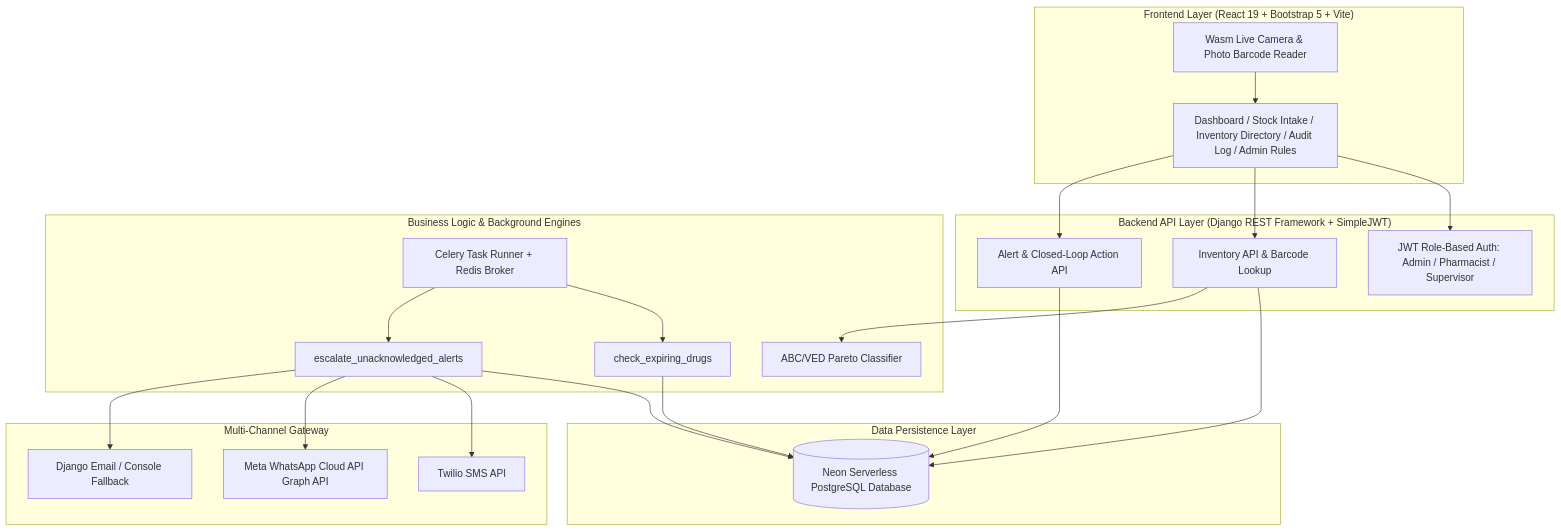
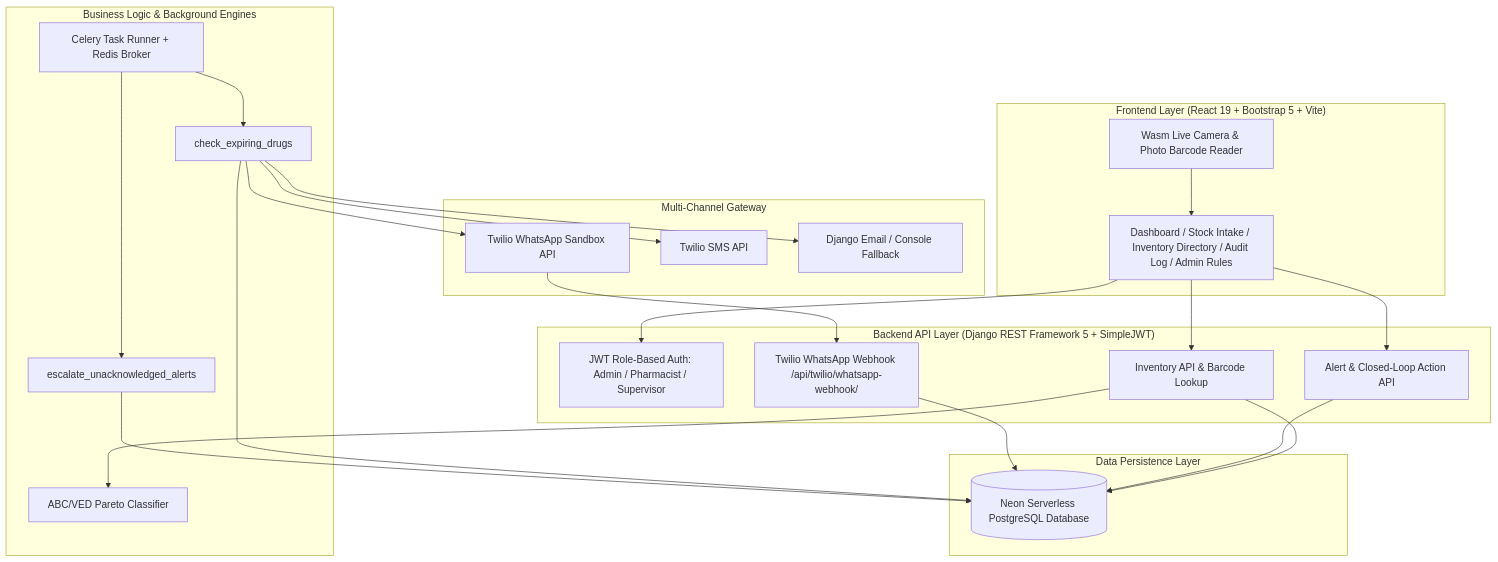
Before and after one commit to x15o3i/pharmakon: the first of 2 diagrams in PROJECT_DOCUMENTATION.md, drawn with Mermaid. The commit also changed other lines of this file, not shown here.

Commit message:
Update PROJECT_DOCUMENTATION.md with Twilio WhatsApp integration, Vercel Webhook details, and Project Defense Script

````diff
--- a/PROJECT_DOCUMENTATION.md
+++ b/PROJECT_DOCUMENTATION.md
@@ -32,48 +32,51 @@
 ```mermaid
 flowchart TD
     subgraph ClientLayer["Frontend Layer (React 19 + Bootstrap 5 + Vite)"]
         UI[Dashboard / Stock Intake / Inventory Directory / Audit Log / Admin Rules]
         Scanner[Wasm Live Camera & Photo Barcode Reader]
     end
 
-    subgraph APILayer["Backend API Layer (Django REST Framework + SimpleJWT)"]
+    subgraph APILayer["Backend API Layer (Django REST Framework 5 + SimpleJWT)"]
         Auth[JWT Role-Based Auth: Admin / Pharmacist / Supervisor]
         InvAPI[Inventory API & Barcode Lookup]
         AlertAPI[Alert & Closed-Loop Action API]
+        Webhook[Twilio WhatsApp Webhook /api/twilio/whatsapp-webhook/]
     end
 
     subgraph ServiceLayer["Business Logic & Background Engines"]
         ParetoEngine[ABC/VED Pareto Classifier]
         CeleryWorker[Celery Task Runner + Redis Broker]
         ExpiryScan[check_expiring_drugs]
         EscalationScan[escalate_unacknowledged_alerts]
     end
 
     subgraph DatabaseLayer["Data Persistence Layer"]
         NeonDB[(Neon Serverless PostgreSQL Database)]
     end
 
     subgraph NotificationLayer["Multi-Channel Gateway"]
+        WhatsApp[Twilio WhatsApp Sandbox API]
         SMS[Twilio SMS API]
-        WhatsApp[Meta WhatsApp Cloud API Graph API]
         Email[Django Email / Console Fallback]
     end
 
     UI --> Auth
     UI --> InvAPI
     UI --> AlertAPI
     Scanner --> UI
 
     InvAPI --> NeonDB
     AlertAPI --> NeonDB
     InvAPI --> ParetoEngine
     
     CeleryWorker --> ExpiryScan
     CeleryWorker --> EscalationScan
     ExpiryScan --> NeonDB
     EscalationScan --> NeonDB
 
-    EscalationScan --> SMS
-    EscalationScan --> WhatsApp
-    EscalationScan --> Email
+    ExpiryScan --> WhatsApp
+    ExpiryScan --> SMS
+    ExpiryScan --> Email
+    WhatsApp --> Webhook
+    Webhook --> NeonDB
 ```
````
